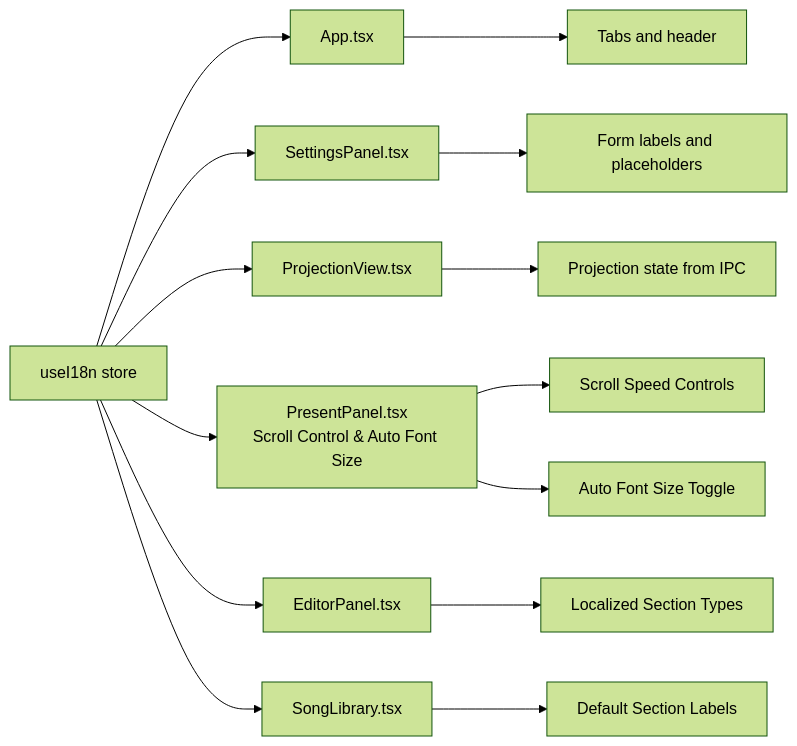
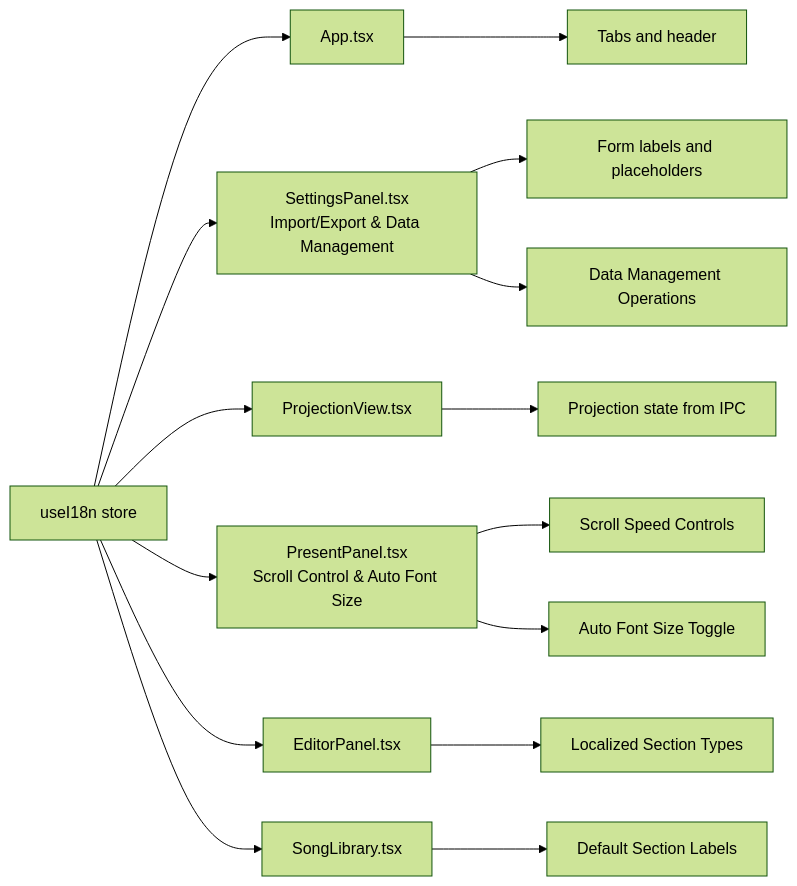
The fifth of 6 diagrams in .qoder/repowiki/en/content/Internationalization.md (jimmywyk/lyricdeck), drawn with Mermaid (forest theme) before and after one commit. The commit also changed other lines of this file and 9 other files, not shown here.

````diff
--- a/.qoder/repowiki/en/content/Internationalization.md
+++ b/.qoder/repowiki/en/content/Internationalization.md
@@ -295,16 +282,17 @@
 ```mermaid
 graph LR
 Store["useI18n store"] --> App["App.tsx"]
-Store --> Settings["SettingsPanel.tsx"]
+Store --> Settings["SettingsPanel.tsx<br/>Import/Export & Data Management"]
 Store --> Projection["ProjectionView.tsx"]
 Store --> Present["PresentPanel.tsx<br/>Scroll Control & Auto Font Size"]
 Store --> Editor["EditorPanel.tsx"]
 Store --> Library["SongLibrary.tsx"]
 App --> Tabs["Tabs and header"]
 Settings --> Form["Form labels and placeholders"]
+Settings --> DataOps["Data Management Operations"]
 Projection --> State["Projection state from IPC"]
 Present --> Controls["Scroll Speed Controls"]
 Present --> AutoFontSize["Auto Font Size Toggle"]
 Editor --> Actions["Localized Section Types"]
 Library --> DefaultLabels["Default Section Labels"]
 ```
````
